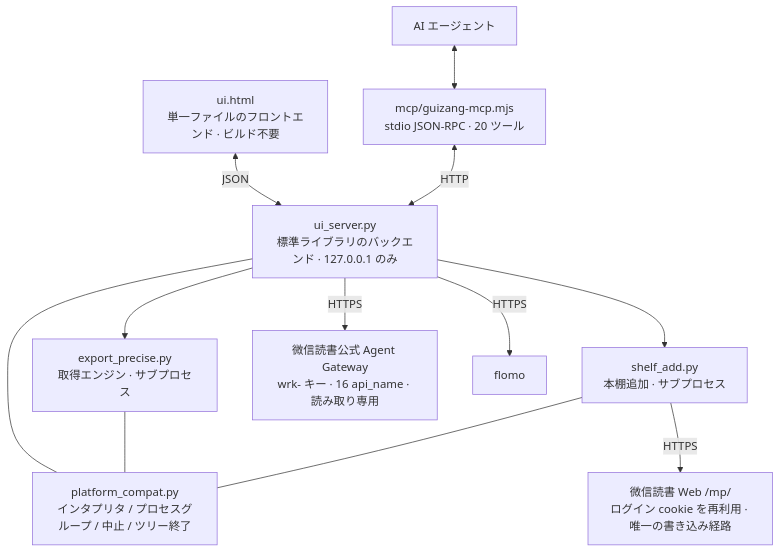
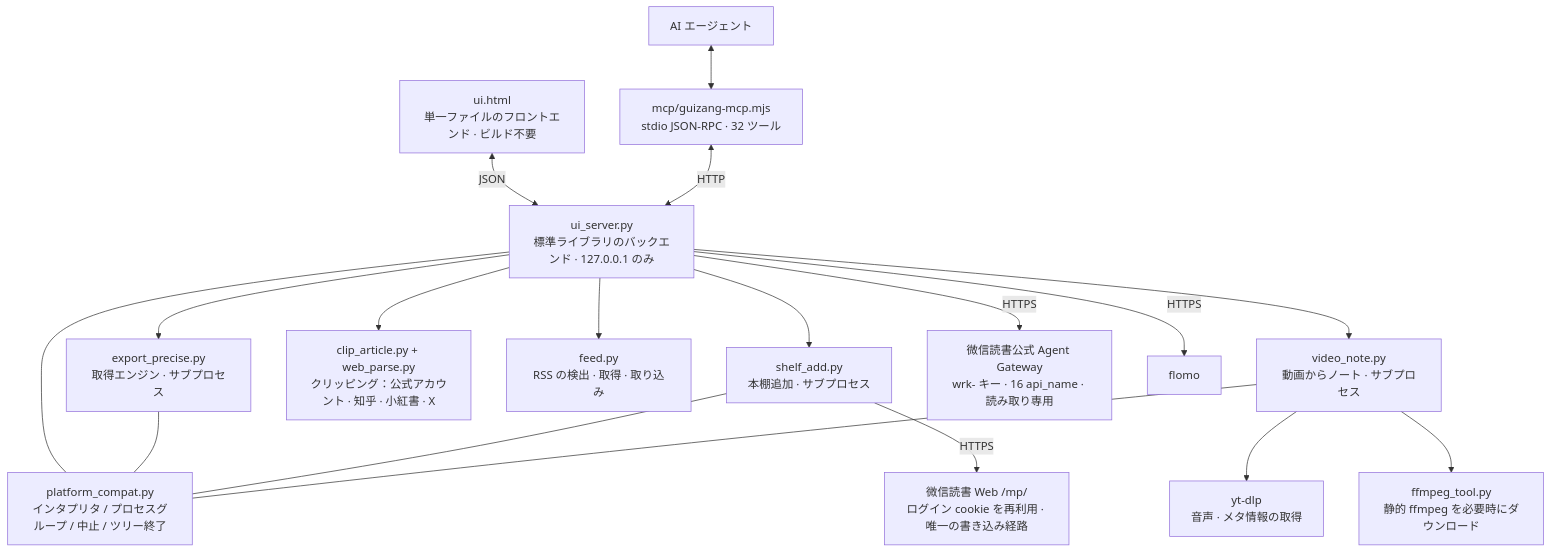
Before and after one commit to KEQingFeng/weread-guizang: the second of 2 diagrams in README.ja.md, drawn with Mermaid. The commit also changed other lines of this file and 24 other files, not shown here.

First line of the commit message:
归藏 0.9.9：知乎/小红书/X 解析 + RSS 订阅 + 视频转笔记（ASR/总结/导图）

````diff
--- a/README.ja.md
+++ b/README.ja.md
@@ -233,25 +272,36 @@
 ```mermaid
 flowchart TB
   UI[ui.html<br/>単一ファイルのフロントエンド · ビルド不要]
   S[ui_server.py<br/>標準ライブラリのバックエンド · 127.0.0.1 のみ]
   E[export_precise.py<br/>取得エンジン · サブプロセス]
   SA[shelf_add.py<br/>本棚追加 · サブプロセス]
+  CL[clip_article.py + web_parse.py<br/>クリッピング：公式アカウント · 知乎 · 小紅書 · X]
+  FS[feed.py<br/>RSS の検出 · 取得 · 取り込み]
+  VN[video_note.py<br/>動画からノート · サブプロセス]
+  FF[ffmpeg_tool.py<br/>静的 ffmpeg を必要時にダウンロード]
+  YT[yt-dlp<br/>音声 · メタ情報の取得]
   WG[微信読書公式 Agent Gateway<br/>wrk- キー · 16 api_name · 読み取り専用]
   WP[微信読書 Web /mp/<br/>ログイン cookie を再利用 · 唯一の書き込み経路]
   FL[flomo]
   PC[platform_compat.py<br/>インタプリタ / プロセスグループ / 中止 / ツリー終了]
-  M[mcp/guizang-mcp.mjs<br/>stdio JSON-RPC · 20 ツール]
+  M[mcp/guizang-mcp.mjs<br/>stdio JSON-RPC · 32 ツール]
   AG[AI エージェント]
 
   UI <-->|JSON| S
   S --> E
   S --> SA
+  S --> CL
+  S --> FS
+  S --> VN
   S -->|HTTPS| WG
   SA -->|HTTPS| WP
   S -->|HTTPS| FL
   S --- PC
   E --- PC
   SA --- PC
+  VN --- PC
+  VN --> YT
+  VN --> FF
   M <-->|HTTP| S
   AG <--> M
 ```
````
